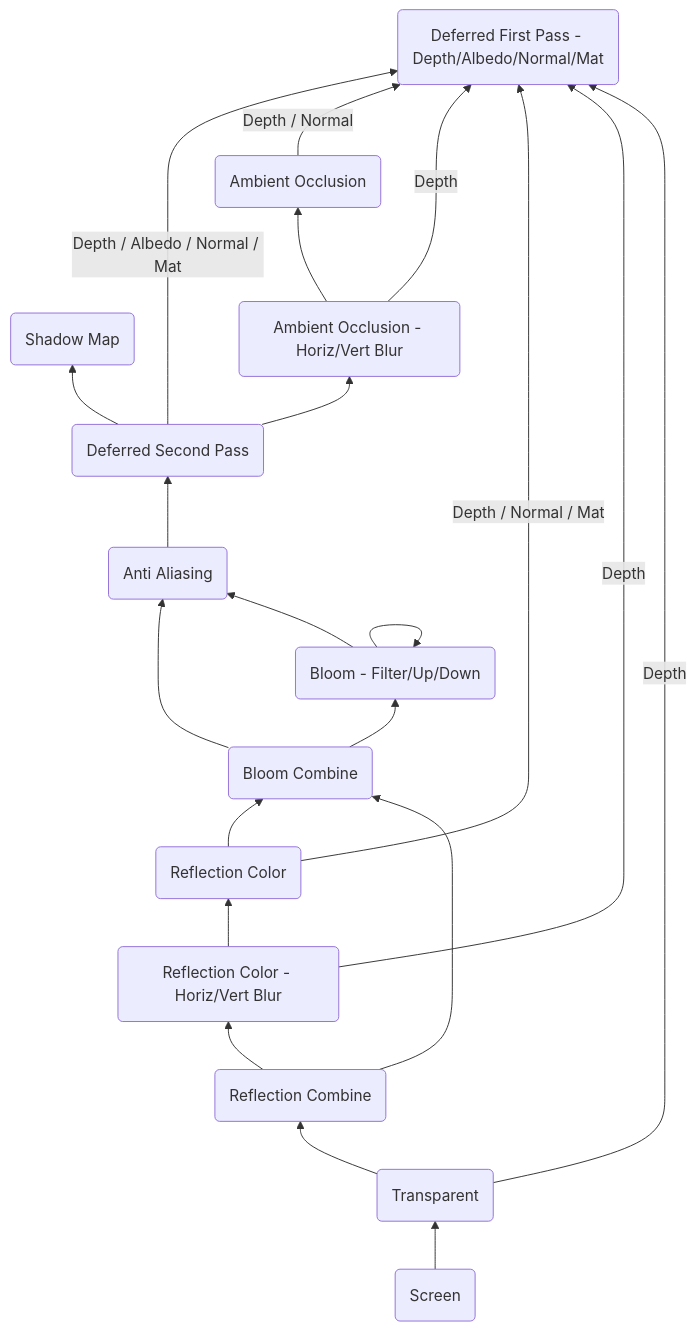
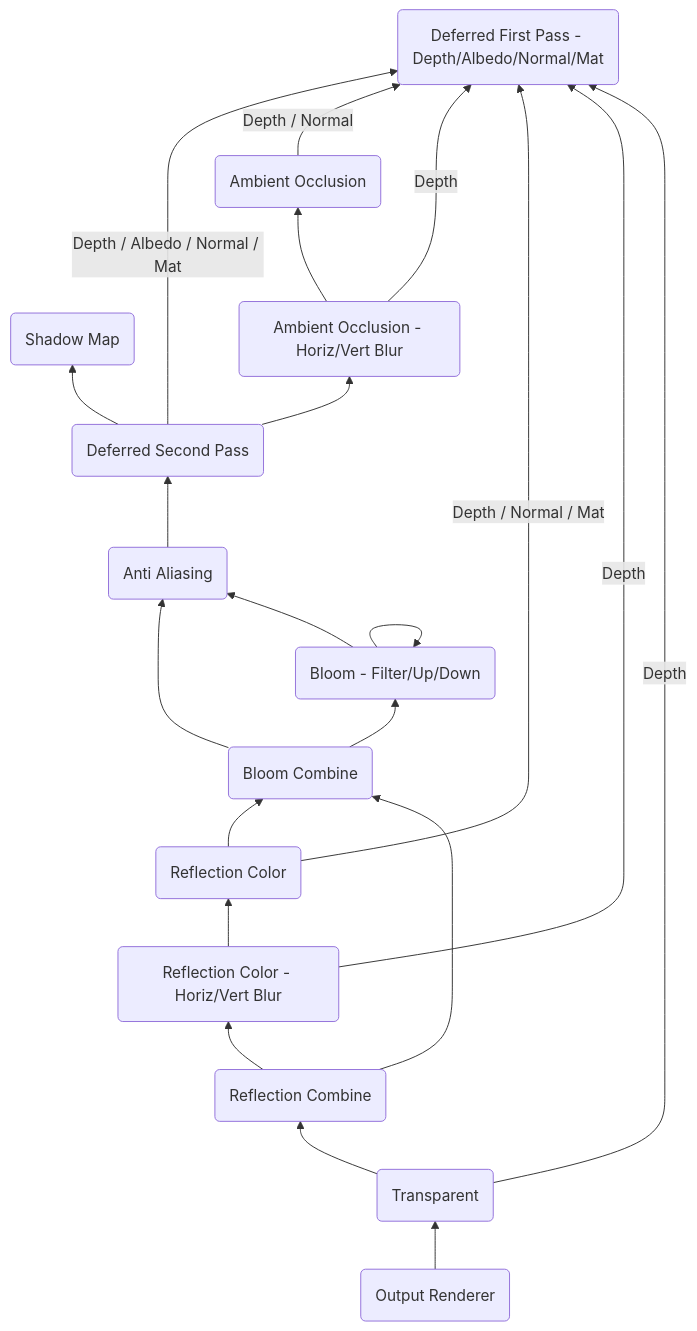
Before and after one commit to petitg1987/urchinEngine: the diagram in 3dEngine/docs/SceneGraph.md, drawn with Mermaid. The commit also changed 13 other files, not shown here.

````diff
--- a/3dEngine/docs/SceneGraph.md
+++ b/3dEngine/docs/SceneGraph.md
@@ -3,44 +3,44 @@
 ```mermaid
 graph BT
     DeferredFirstPass(Deferred First Pass - Depth/Albedo/Normal/Mat)
     ShadowMap(Shadow Map)
     AmbientOcclusion(Ambient Occlusion)
     AmbientOcclusionBlur(Ambient Occlusion - Horiz/Vert Blur)
     DeferredSecondPass(Deferred Second Pass)
     AntiAliasing(Anti Aliasing)
     BloomFilterUpDown(Bloom - Filter/Up/Down)
     BloomCombine(Bloom Combine)
     ReflectionColor(Reflection Color)
     ReflectionColorBlur(Reflection Color - Horiz/Vert Blur)
     ReflectionCombine(Reflection Combine)
     Transparent(Transparent)
-    Screen(Screen)
+    OutputRenderer(Output Renderer)
     
     
     DeferredSecondPass --> ShadowMap
     DeferredSecondPass -->|Depth / Albedo / Normal / Mat| DeferredFirstPass
     DeferredSecondPass --> AmbientOcclusionBlur
     
     AmbientOcclusion -->|Depth / Normal| DeferredFirstPass
     AmbientOcclusionBlur -->|Depth| DeferredFirstPass
     AmbientOcclusionBlur --> AmbientOcclusion
     
     AntiAliasing --> DeferredSecondPass
     
     BloomCombine --> BloomFilterUpDown
     BloomCombine --> AntiAliasing
     BloomFilterUpDown --> BloomFilterUpDown
     BloomFilterUpDown --> AntiAliasing
     
     ReflectionColor --> BloomCombine
     ReflectionColor -->|Depth / Normal / Mat| DeferredFirstPass
     ReflectionCombine --> BloomCombine
     ReflectionCombine --> ReflectionColorBlur
     ReflectionColorBlur --> ReflectionColor
     ReflectionColorBlur -->|Depth| DeferredFirstPass
     
     Transparent --> ReflectionCombine
     Transparent -->|Depth| DeferredFirstPass
     
-    Screen --> Transparent
+    OutputRenderer --> Transparent
 ```
````
